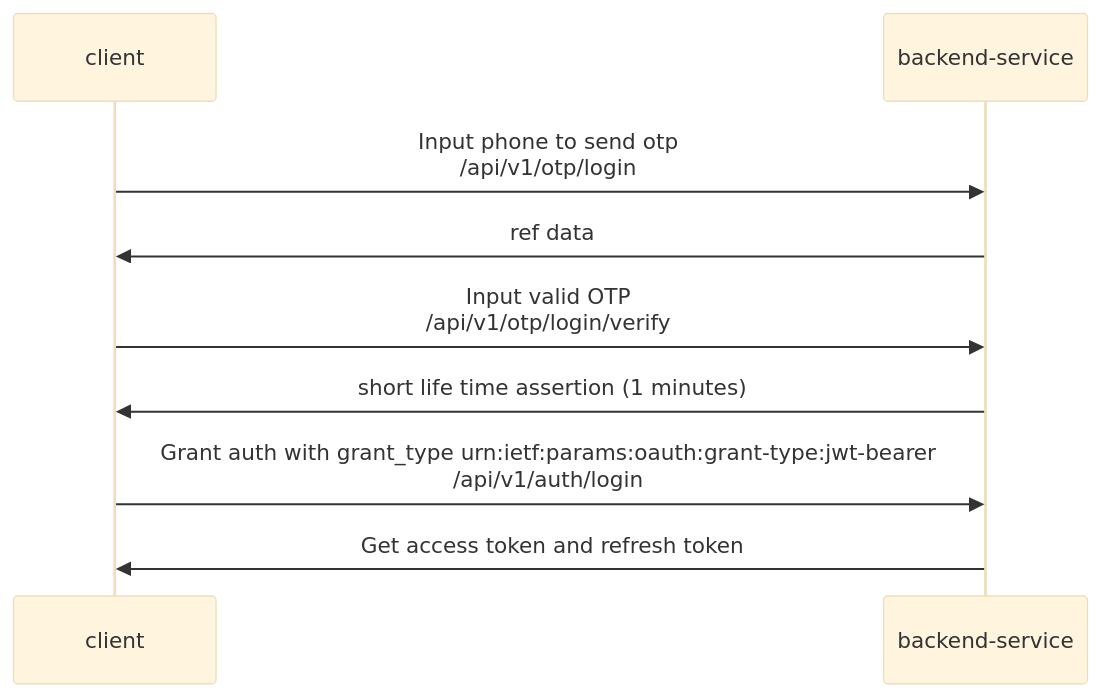
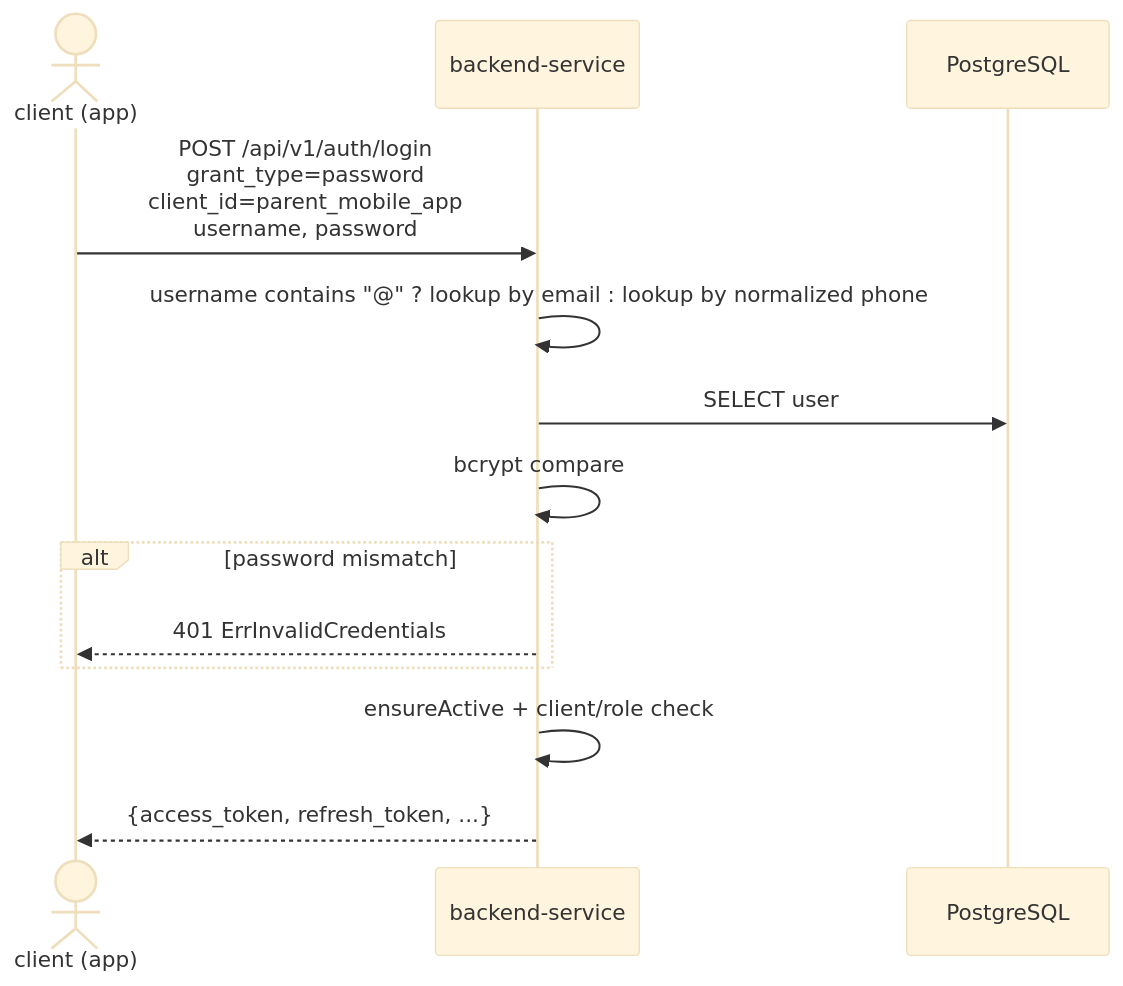
One commit to school-carpool-pickup/school-carpool-pickup.github.io changed the second of 2 diagrams in pages/parent-mobile-login.mdx. Above: the diagram before and after it, drawn with Mermaid (base theme). The commit also changed other lines of this file and 4 other files, not shown here.

````diff
--- a/pages/parent-mobile-login.mdx
+++ b/pages/parent-mobile-login.mdx
@@ -7,12 +75,16 @@
 ```mermaid
 sequenceDiagram
-    participant c as client
+    actor c as client (app)
     participant bs as backend-service
+    participant db as PostgreSQL
 
-    c ->> bs: Input phone to send otp<br/>/api/v1/otp/login
-    bs ->> c: ref data
-    c ->> bs: Input valid OTP<br/>/api/v1/otp/login/verify
-    bs ->> c: short life time assertion (1 minutes)
-    c ->> bs: Grant auth with grant_type urn:ietf:params:oauth:grant-type:jwt-bearer<br/>/api/v1/auth/login
-    bs ->> c: Get access token and refresh token
+    c ->> bs: POST /api/v1/auth/login<br/>grant_type=password<br/>client_id=parent_mobile_app<br/>username, password
+    bs ->> bs: username contains "@" ? lookup by email : lookup by normalized phone
+    bs ->> db: SELECT user
+    bs ->> bs: bcrypt compare
+    alt password mismatch
+        bs -->> c: 401 ErrInvalidCredentials
+    end
+    bs ->> bs: ensureActive + client/role check
+    bs -->> c: {access_token, refresh_token, ...}
 ```
````
